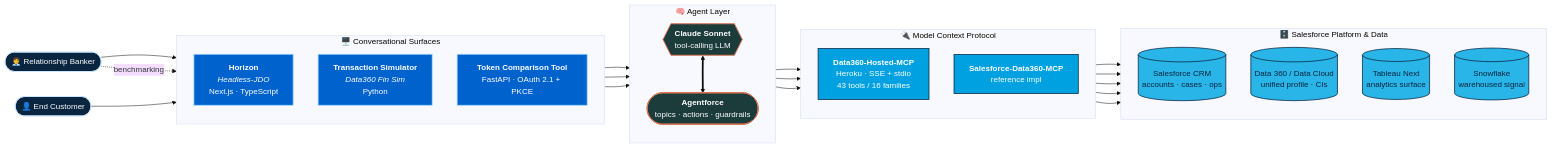
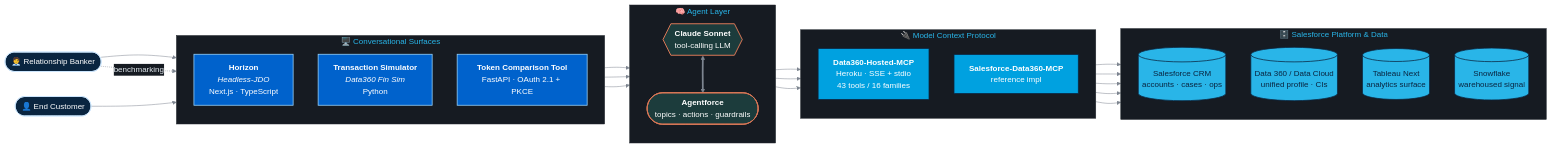
The diagram in README.md (josers18/josers18), drawn with Mermaid before and after one commit.

Commit message:
Mermaid: themeVariables for cluster styling
Expanded the diagram's init block to set Mermaid theme variables
beyond fontFamily — specifically the variables that control SUBGRAPH
(cluster) appearance, which classDef rules can't reach:

  clusterBkg:    #161B22  (matches --surface on the portfolio site)
  clusterBorder: #21262D  (matches --border)
  titleColor:    #29B5E8  (brand cyan, for subgraph titles)
  background, primary*, tertiary* — anchored to dark palette.

Without these, mermaid.ink rendered the 4 subgraph rects as near-white
hsl(220, 100%, 98%), which clashed badly against the dark portfolio
background. classDef rules I'd set previously only style nodes, never
clusters — that's a real Mermaid limitation, not a typo.

GitHub's README rendering already auto-themes Mermaid for dark mode so
this is invisible there; the win is for the standalone SVG used on
josers18.github.io (regenerated alongside this commit).

````diff
--- a/README.md
+++ b/README.md
@@ -58,72 +58,72 @@
 ```mermaid
-%%{init: {'theme':'base','themeVariables':{'fontFamily':'ui-sans-serif, system-ui, -apple-system'}}}%%
+%%{init: {'theme':'base','themeVariables':{'fontFamily':'ui-sans-serif, system-ui, -apple-system','background':'#0D1117','primaryColor':'#0D1117','primaryTextColor':'#E6EDF3','primaryBorderColor':'#21262D','lineColor':'#7D8590','clusterBkg':'#161B22','clusterBorder':'#21262D','titleColor':'#29B5E8','edgeLabelBackground':'#161B22','tertiaryColor':'#0D1117','tertiaryTextColor':'#E6EDF3','tertiaryBorderColor':'#21262D'}}}%%
 flowchart LR
     %% ── Personas ──────────────────────────────────────────────
     Banker([🧑‍💼 Relationship Banker]):::persona
     Customer([👤 End Customer]):::persona
 
     %% ── Apps / Surfaces ───────────────────────────────────────
     subgraph SURFACE["🖥️ Conversational Surfaces"]
         direction TB
         Horizon["<b>Horizon</b><br/><i>Headless-JDO</i><br/>Next.js · TypeScript"]:::app
         Sim["<b>Transaction Simulator</b><br/><i>Data360 Fin Sim</i><br/>Python"]:::app
         Token["<b>Token Comparison Tool</b><br/>FastAPI · OAuth 2.1 + PKCE"]:::app
     end
 
     %% ── Agent / Orchestration ────────────────────────────────
     subgraph BRAIN["🧠 Agent Layer"]
         direction TB
         Claude{{"<b>Claude Sonnet</b><br/>tool-calling LLM"}}:::agent
         Agentforce(["<b>Agentforce</b><br/>topics · actions · guardrails"]):::agent
     end
 
     %% ── MCP fabric ────────────────────────────────────────────
     subgraph MCP_LAYER["🔌 Model Context Protocol"]
         direction TB
         HostedMCP["<b>Data360-Hosted-MCP</b><br/>Heroku · SSE + stdio<br/>43 tools / 16 families"]:::mcp
         RefMCP["<b>Salesforce-Data360-MCP</b><br/>reference impl"]:::mcp
     end
 
     %% ── Platform / Data ───────────────────────────────────────
     subgraph PLATFORM["🗄️ Salesforce Platform & Data"]
         direction TB
         CRM[("Salesforce CRM<br/>accounts · cases · ops")]:::data
         DC[("Data 360 / Data Cloud<br/>unified profile · CIs")]:::data
         TN[("Tableau Next<br/>analytics surface")]:::data
         Snow[("Snowflake<br/>warehoused signal")]:::data
     end
 
     %% ── Edges ─────────────────────────────────────────────────
     Banker --> Horizon
     Customer --> Sim
     Banker -. "benchmarking" .-> Token
 
     Horizon --> Claude
     Sim --> Claude
     Token --> Claude
 
     Claude <==> Agentforce
     Claude --> HostedMCP
     Claude --> RefMCP
     Agentforce --> HostedMCP
 
     HostedMCP --> CRM
     HostedMCP --> DC
     HostedMCP --> TN
     HostedMCP --> Snow
     RefMCP --> DC
 
     %% ── Styling (dark fills + white text — readable on both GitHub themes) ──
     classDef persona fill:#0A2540,stroke:#cfe8ff,stroke-width:1.5px,color:#ffffff
     classDef app     fill:#0062CC,stroke:#9CD7FF,stroke-width:1.5px,color:#ffffff
     classDef agent   fill:#1C3C3C,stroke:#D97757,stroke-width:2px,color:#ffffff
     classDef mcp     fill:#00A1E0,stroke:#0A2540,stroke-width:1.5px,color:#ffffff
     classDef data    fill:#29B5E8,stroke:#0A2540,stroke-width:1.5px,color:#0A2540
 
     %% ── Click-throughs to representative repos ──
     click Horizon "https://github.com/josers18/Headless-JDO" "Horizon — headless banker UI"
     click Sim "https://github.com/josers18/Salesforce-Data360-Financial-Transaction-Simulator" "Financial transaction simulator"
     click Token "https://github.com/josers18/Token-Comparison-Tool" "Token Comparison Tool"
     click HostedMCP "https://github.com/josers18/Data360-Hosted-MCP" "Hosted Data 360 MCP server"
     click RefMCP "https://github.com/josers18/Salesforce-Data360-MCP" "Reference Data 360 MCP impl"
 ```
````
